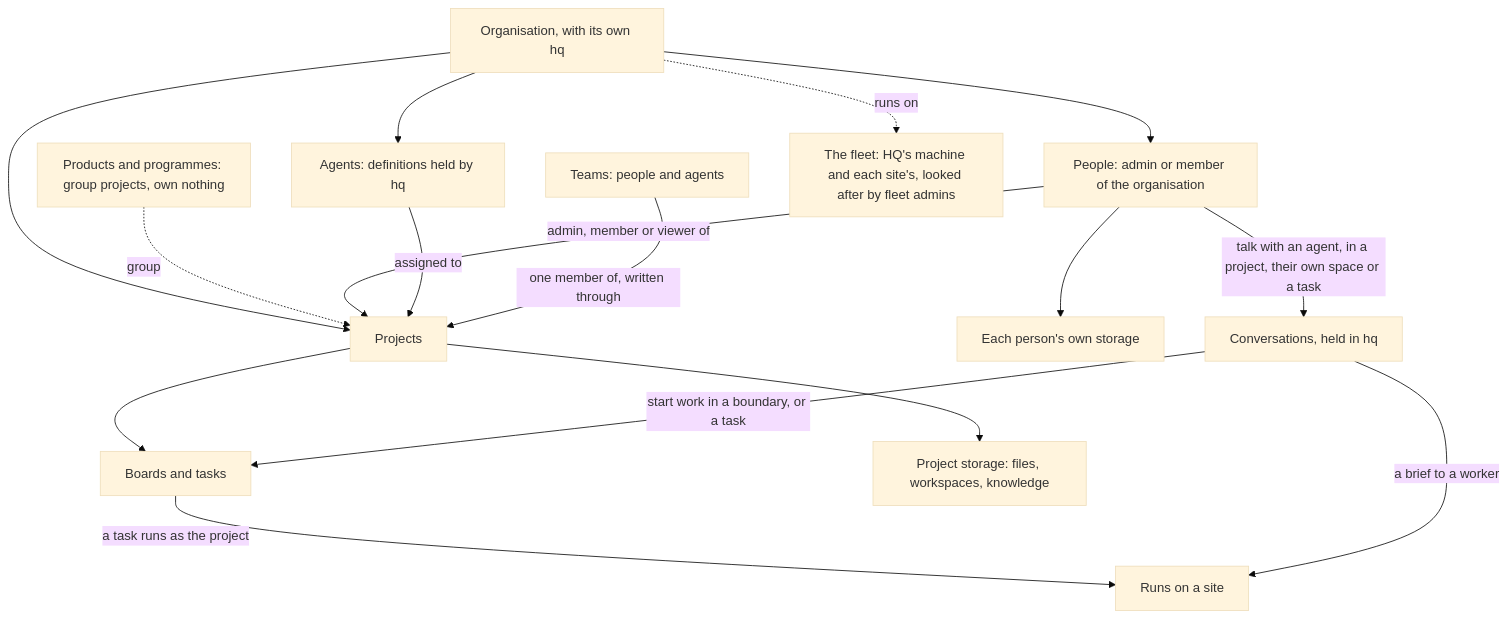
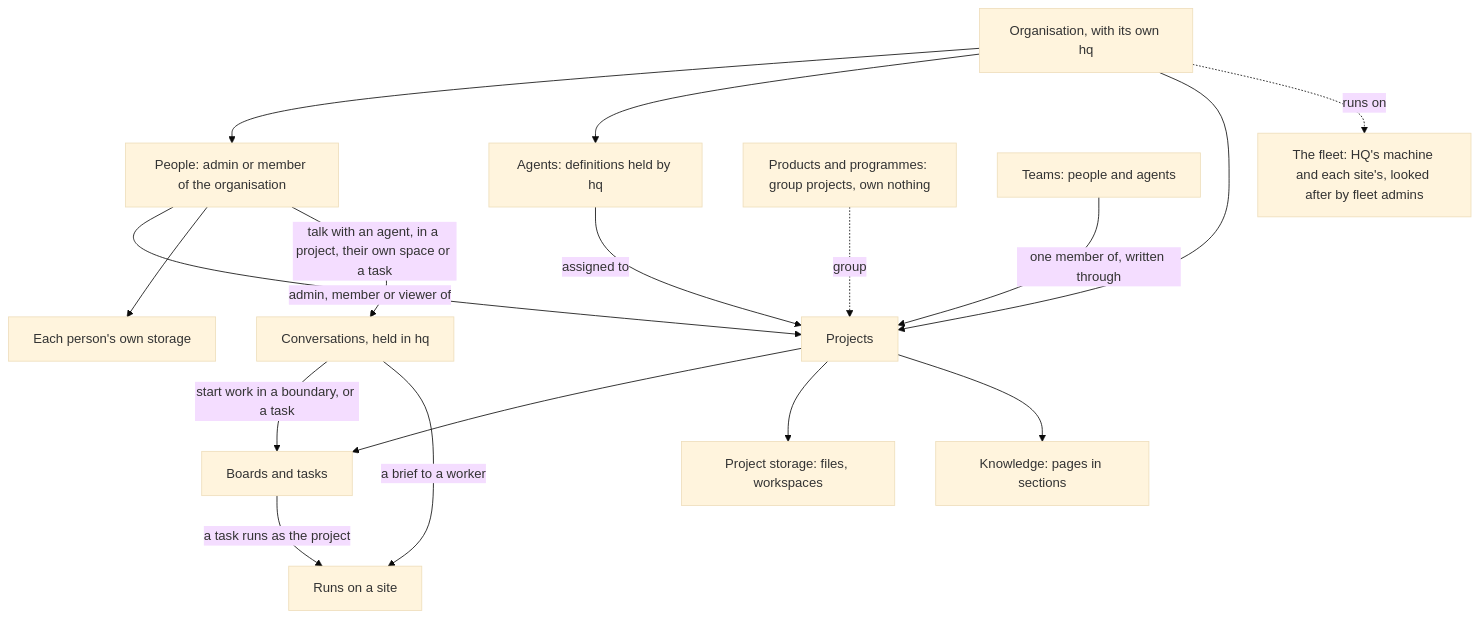
Before and after one commit to solution84-com/agenthix: the diagram in docs/concepts/README.md, drawn with Mermaid (base theme). The commit also changed other lines of this file and 33 other files, not shown here.

Commit message:
docs: knowledge in the concepts, the architecture and the user guide, the QA contract's stories and scenarios (SC-1368–SC-1446), and the rule that tests calling a real model run on a low-cost, capable baseline

````diff
--- a/docs/concepts/README.md
+++ b/docs/concepts/README.md
@@ -10,18 +10,19 @@
 ```mermaid
 flowchart TD
     ORG["Organisation, with its own hq"] --> PPL["People: admin or member of the organisation"]
     ORG --> AG["Agents: definitions held by hq"]
     ORG --> PRJ["Projects"]
     PROD["Products and programmes: group projects, own nothing"] -.->|"group"| PRJ
     PPL -->|"admin, member or viewer of"| PRJ
     AG -->|"assigned to"| PRJ
     TEAM["Teams: people and agents"] -->|"one member of, written through"| PRJ
     PRJ --> BRD["Boards and tasks"]
-    PRJ --> PST["Project storage: files, workspaces, knowledge"]
+    PRJ --> PST["Project storage: files, workspaces"]
+    PRJ --> KNW["Knowledge: pages in sections"]
     PPL --> OST["Each person's own storage"]
     PPL -->|"talk with an agent, in a project, their own space or a task"| CONV["Conversations, held in hq"]
     CONV -->|"start work in a boundary, or a task"| BRD
     BRD -->|"a task runs as the project"| RUN["Runs on a site"]
     CONV -->|"a brief to a worker"| RUN
     ORG -.->|"runs on"| FLT["The fleet: HQ's machine and each site's, looked after by fleet admins"]
 ```
````
